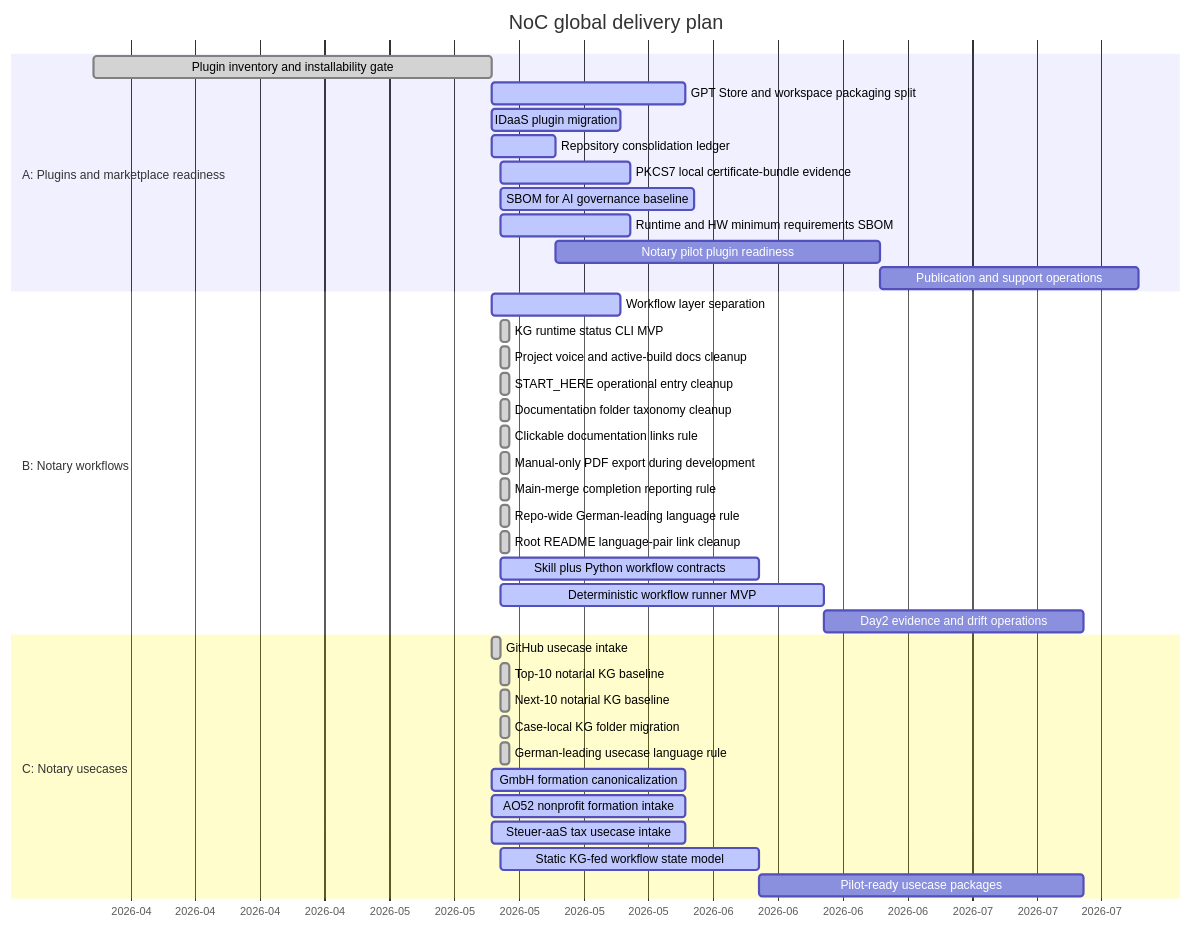
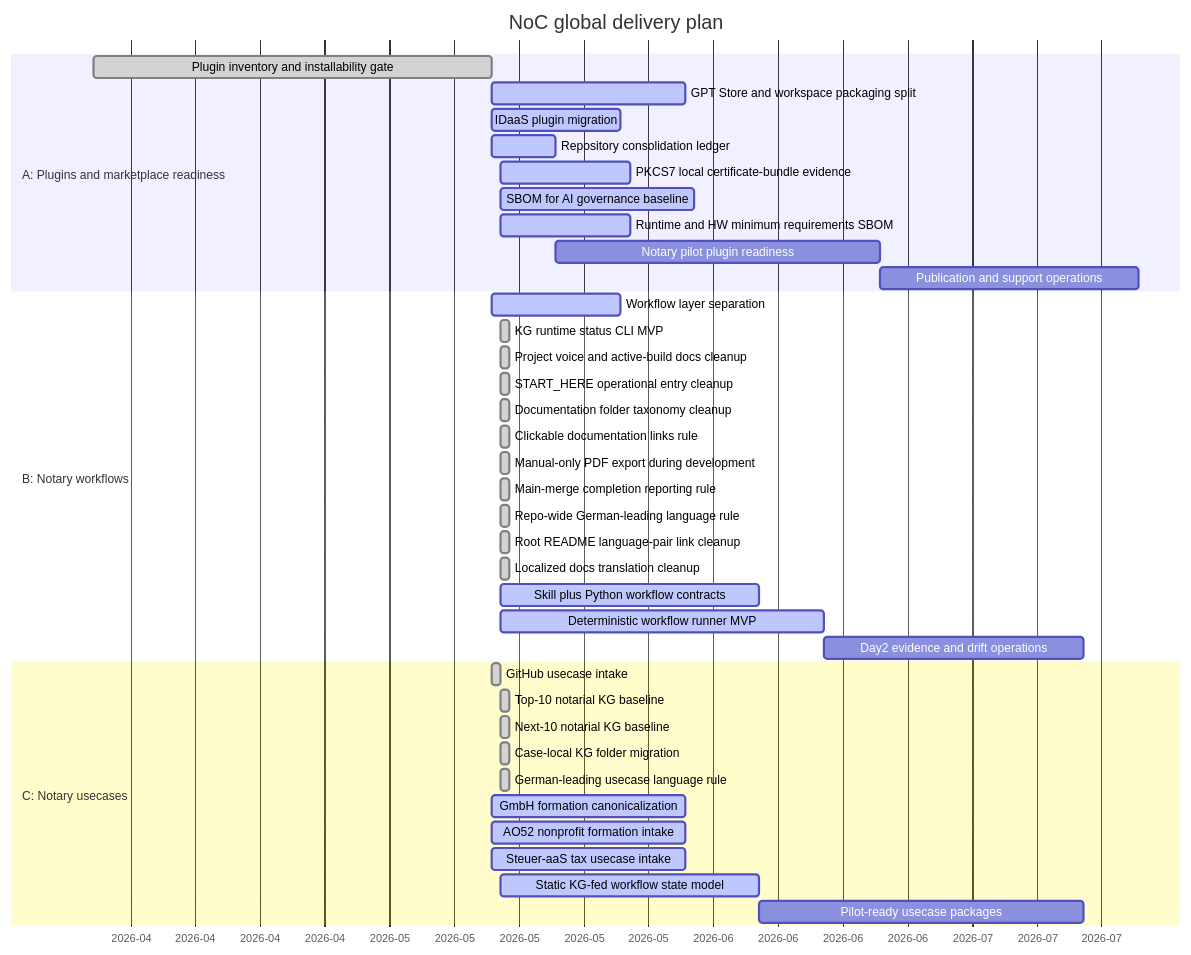
The diagram in roadmap/GANTT.md (notariat8/NaC), drawn with Mermaid before and after one commit. The commit also changed other lines of this file and 67 other files, not shown here.

````diff
--- a/roadmap/GANTT.md
+++ b/roadmap/GANTT.md
@@ -12,44 +12,45 @@
 ```mermaid
 gantt
     title NoC global delivery plan
     dateFormat  YYYY-MM-DD
     axisFormat  %Y-%m
 
     section A: Plugins and marketplace readiness
     Plugin inventory and installability gate     :done,    a1, 2026-04-01, 2026-05-14
     GPT Store and workspace packaging split      :active,  a2, 2026-05-14, 21d
     IDaaS plugin migration                       :active,  a3, 2026-05-14, 14d
     Repository consolidation ledger              :active,  a4, 2026-05-14, 7d
     PKCS7 local certificate-bundle evidence      :active,  a4a, 2026-05-15, 14d
     SBOM for AI governance baseline              :active,  a4b, 2026-05-15, 21d
     Runtime and HW minimum requirements SBOM     :active,  a4c, 2026-05-15, 14d
     Notary pilot plugin readiness                :         a5, after a4, 35d
     Publication and support operations           :         a6, after a5, 28d
 
     section B: Notary workflows
     Workflow layer separation                    :active,  b1, 2026-05-14, 14d
     KG runtime status CLI MVP                    :done,    b1a, 2026-05-15, 1d
     Project voice and active-build docs cleanup  :done,    b1b, 2026-05-15, 1d
     START_HERE operational entry cleanup         :done,    b1c, 2026-05-15, 1d
     Documentation folder taxonomy cleanup        :done,    b1d, 2026-05-15, 1d
     Clickable documentation links rule           :done,    b1e, 2026-05-15, 1d
     Manual-only PDF export during development    :done,    b1f, 2026-05-15, 1d
     Main-merge completion reporting rule         :done,    b1g, 2026-05-15, 1d
     Repo-wide German-leading language rule       :done,    b1h, 2026-05-15, 1d
     Root README language-pair link cleanup       :done,    b1i, 2026-05-15, 1d
+    Localized docs translation cleanup           :done,    b1j, 2026-05-15, 1d
     Skill plus Python workflow contracts         :active,  b2, 2026-05-15, 28d
     Deterministic workflow runner MVP            :active,  b3, 2026-05-15, 35d
     Day2 evidence and drift operations           :         b4, after b3, 28d
 
     section C: Notary usecases
     GitHub usecase intake                        :done,    c1, 2026-05-14, 1d
     Top-10 notarial KG baseline                  :done,    c2, 2026-05-15, 1d
     Next-10 notarial KG baseline                 :done,    c3, 2026-05-15, 1d
     Case-local KG folder migration               :done,    c3a, 2026-05-15, 1d
     German-leading usecase language rule         :done,    c3b, 2026-05-15, 1d
     GmbH formation canonicalization              :active,  c4, 2026-05-14, 21d
     AO52 nonprofit formation intake              :active,  c5, 2026-05-14, 21d
     Steuer-aaS tax usecase intake                :active,  c6, 2026-05-14, 21d
     Static KG-fed workflow state model           :active,  c7, 2026-05-15, 28d
     Pilot-ready usecase packages                 :         c8, after c7, 35d
 ```
````
